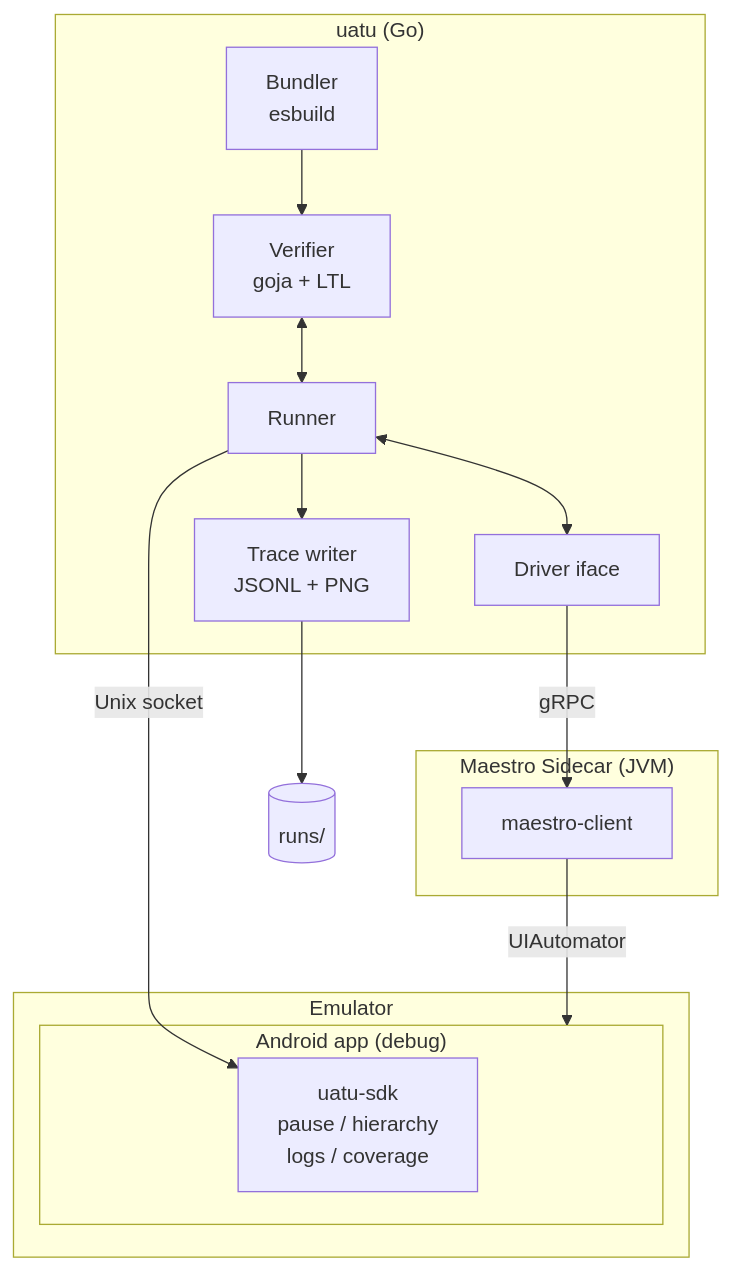
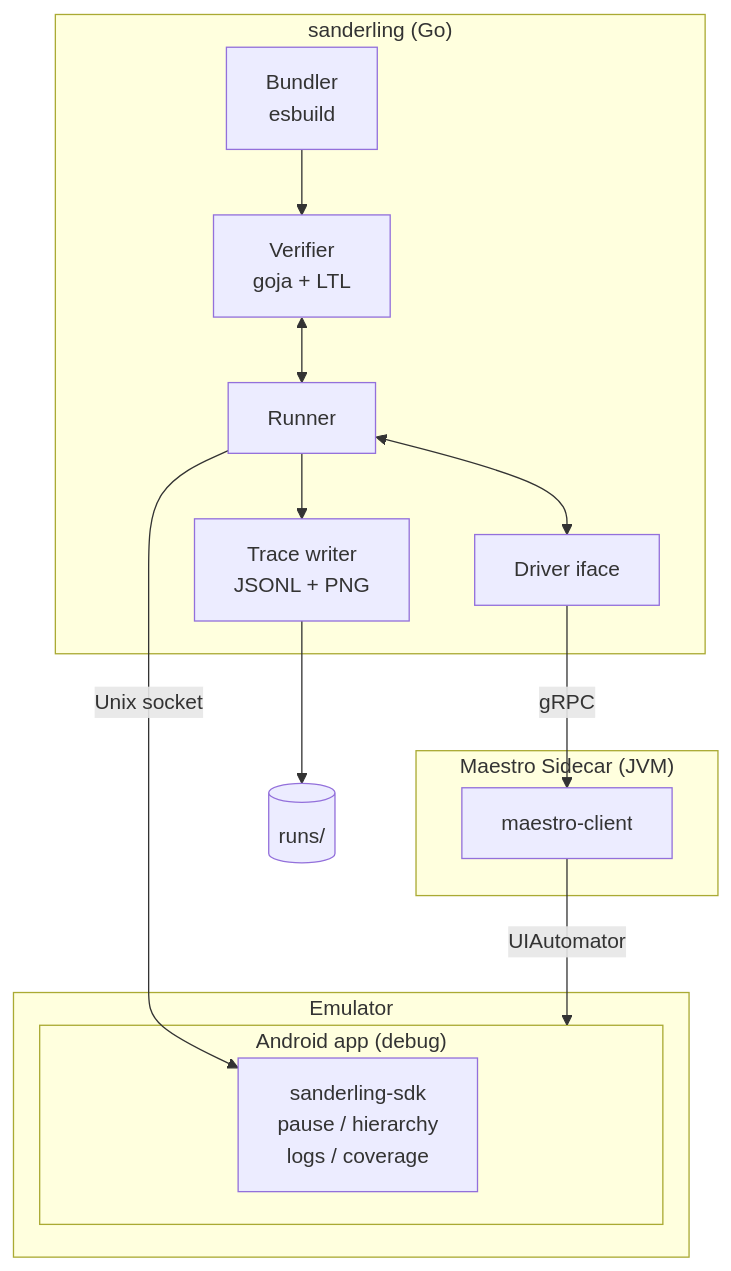
One commit to priyanshujain/sanderling changed the diagram in docs/development/architecture.md. Above: the diagram before and after it, drawn with Mermaid. The commit also changed other lines of this file and 140 other files, not shown here.

First line of the commit message:
refactor: rename project uatu -> sanderling (#24)

````diff
--- a/docs/development/architecture.md
+++ b/docs/development/architecture.md
@@ -9,24 +9,24 @@
 ```mermaid
 flowchart TB
-    subgraph Go["uatu (Go)"]
+    subgraph Go["sanderling (Go)"]
         Bundler[Bundler<br/>esbuild] --> Verifier[Verifier<br/>goja + LTL]
         Verifier <--> Runner[Runner]
         Runner --> Trace[Trace writer<br/>JSONL + PNG]
         Runner <--> Driver[Driver iface]
     end
 
     subgraph Sidecar["Maestro Sidecar (JVM)"]
         Maestro[maestro-client]
     end
 
     subgraph Device["Emulator"]
         subgraph App["Android app (debug)"]
-            SDK[uatu-sdk<br/>pause / hierarchy<br/>logs / coverage]
+            SDK[sanderling-sdk<br/>pause / hierarchy<br/>logs / coverage]
         end
     end
 
     Driver -- gRPC --> Maestro
     Maestro -- UIAutomator --> App
     Runner -- Unix socket --> SDK
     Trace --> Runs[(runs/)]
 ```
````
